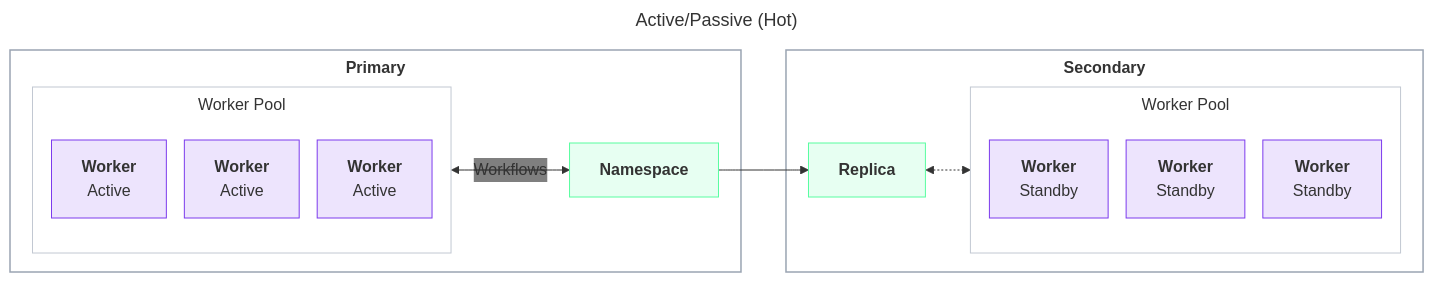
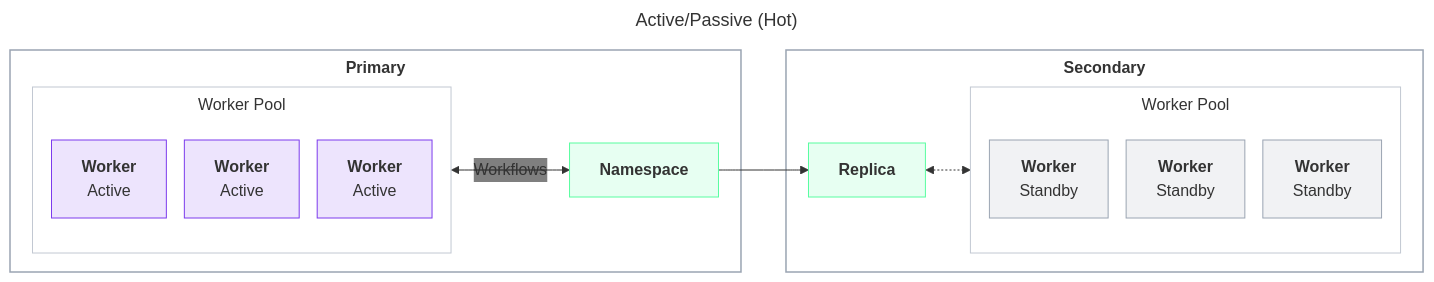
The third of 23 diagrams in docs/cloud/high-availability/architecture-patterns.mdx (temporalio/documentation), drawn with Mermaid before and after one commit. The commit also changed other lines of this file, not shown here.

First line of the commit message:
Address review feedback on architecture-patterns.mdx

````diff
--- a/docs/cloud/high-availability/architecture-patterns.mdx
+++ b/docs/cloud/high-availability/architecture-patterns.mdx
@@ -132,32 +132,33 @@
 ```mermaid
 ---
 title: Active/Passive (Hot)
 ---
 %%{init: {'themeVariables':{'fontFamily':'Inter, ui-sans-serif, system-ui, sans-serif','edgeLabelBackground':'transparent'},'flowchart':{'nodeSpacing':18,'rankSpacing':45,'curve':'basis','subGraphTitleMargin':{'top':6,'bottom':12}}}}%%
 flowchart LR
     classDef worker fill:#7C3AED22,stroke:#7C3AED,stroke-width:1px;
+    classDef standby fill:#9aa4b224,stroke:#9aa4b2,stroke-width:1px;
     classDef ns fill:#59FDA024,stroke:#59FDA0,stroke-width:1px;
     classDef region fill:transparent,stroke:#9aa4b2,stroke-width:1.5px;
     classDef pool fill:transparent,stroke:#c2c8d2,stroke-width:1px;
     subgraph IHPRIM["<b>Primary</b>"]
       subgraph IHWP["Worker Pool"]
         IHW1["<b>Worker</b><br/>Active"]:::worker
         IHW2["<b>Worker</b><br/>Active"]:::worker
         IHW3["<b>Worker</b><br/>Active"]:::worker
       end
       IHNS["<b>Namespace</b>"]:::ns
       IHWP <-->|Workflows| IHNS
     end
     subgraph IHSEC["<b>Secondary</b>"]
       IHR["<b>Replica</b>"]:::ns
       subgraph IHWP2["Worker Pool"]
-        IHS1["<b>Worker</b><br/>Standby"]:::worker
-        IHS2["<b>Worker</b><br/>Standby"]:::worker
-        IHS3["<b>Worker</b><br/>Standby"]:::worker
+        IHS1["<b>Worker</b><br/>Standby"]:::standby
+        IHS2["<b>Worker</b><br/>Standby"]:::standby
+        IHS3["<b>Worker</b><br/>Standby"]:::standby
       end
       IHR <-.-> IHWP2
     end
     IHNS --> IHR
     class IHPRIM,IHSEC region
     class IHWP,IHWP2 pool
 ```
````
